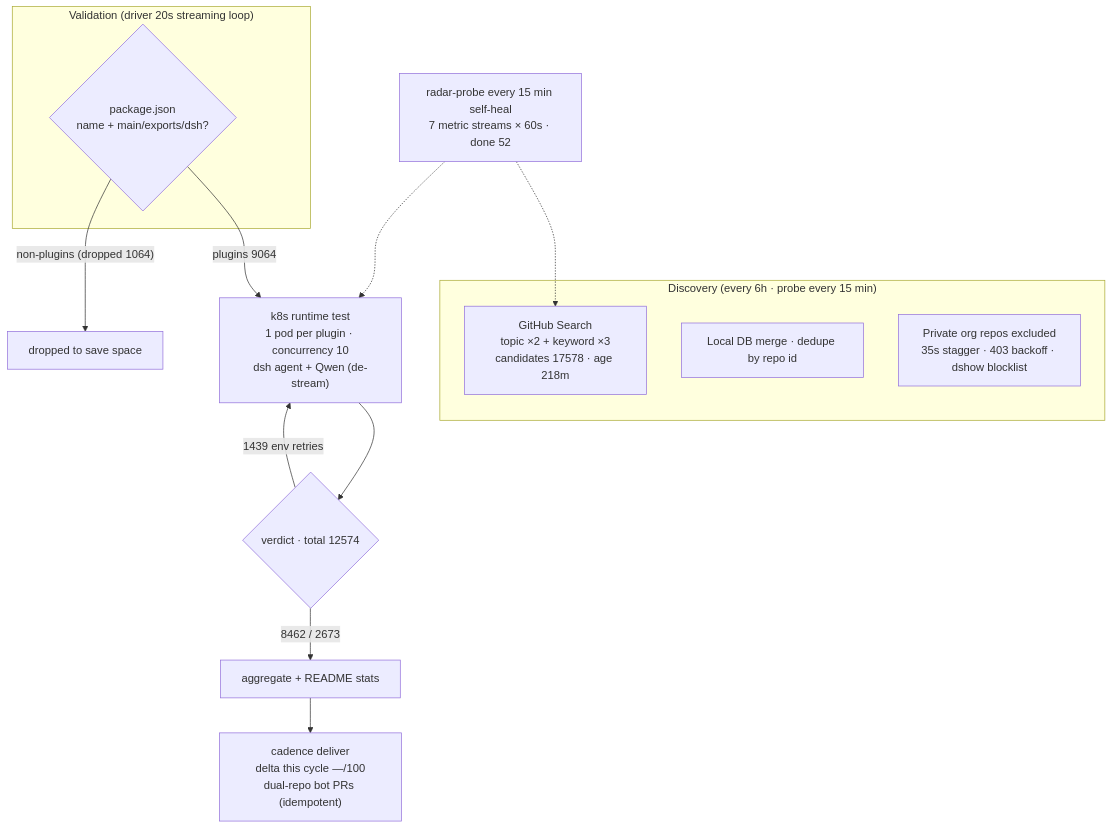
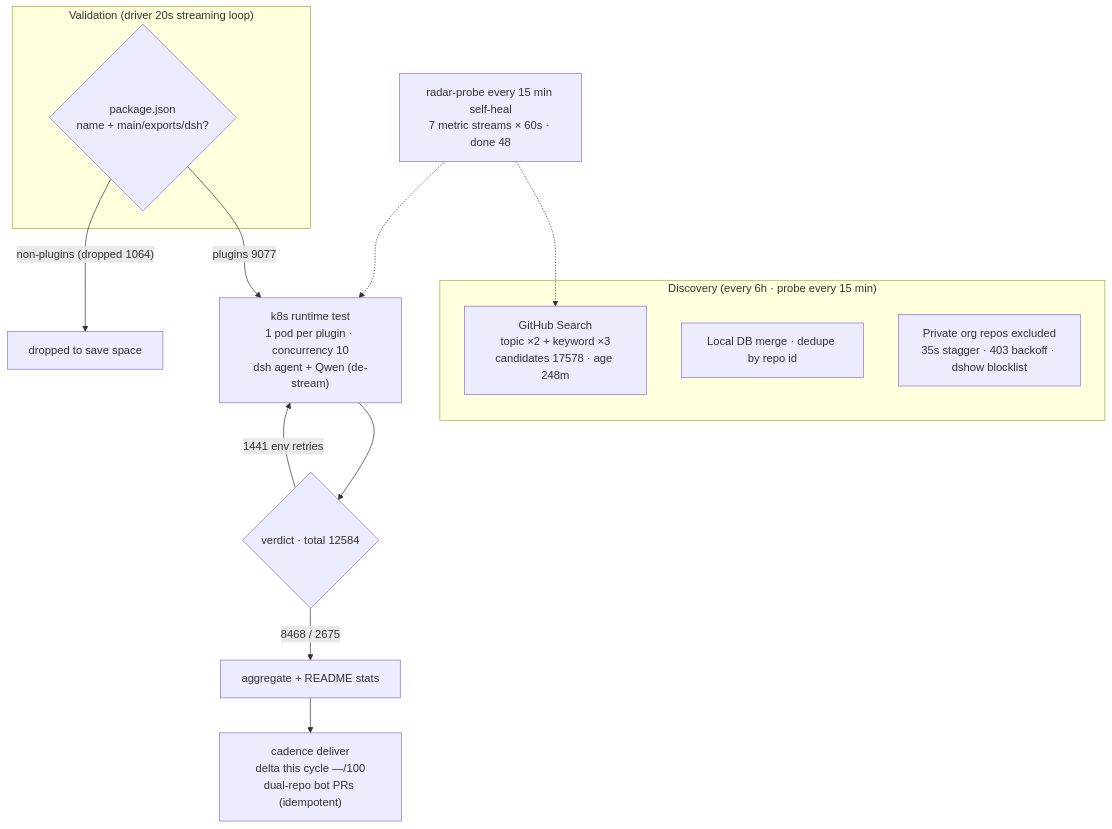
The diagram in README.en-US.md (AdamPlatin123/awesome-dsh-plugins), drawn with Mermaid before and after one commit. The commit also changed other lines of this file and 5 other files, not shown here.

````diff
--- a/README.en-US.md
+++ b/README.en-US.md
@@ -45,20 +45,20 @@
 ```mermaid
 flowchart TB
     subgraph Discovery["Discovery (every 6h · probe every 15 min)"]
-        A1["GitHub Search<br/>topic ×2 + keyword ×3<br/>candidates 17578 · age 218m"]
+        A1["GitHub Search<br/>topic ×2 + keyword ×3<br/>candidates 17578 · age 248m"]
         A2["Local DB merge · dedupe by repo id"]
         A3["Private org repos excluded<br/>35s stagger · 403 backoff · dshow blocklist"]
     end
     subgraph Validation["Validation (driver 20s streaming loop)"]
         B1{"package.json<br/>name + main/exports/dsh?"}
     end
-    B1 -->|"plugins 9064"| C1["k8s runtime test<br/>1 pod per plugin · concurrency 10<br/>dsh agent + Qwen (de-stream)"]
+    B1 -->|"plugins 9077"| C1["k8s runtime test<br/>1 pod per plugin · concurrency 10<br/>dsh agent + Qwen (de-stream)"]
     B1 -->|"non-plugins (dropped 1064)"| B3["dropped to save space"]
-    C1 --> D1{"verdict · total 12574"}
-    D1 -->|"8462 / 2673"| E1["aggregate + README stats"]
-    D1 -->|"1439 env retries"| C1
+    C1 --> D1{"verdict · total 12584"}
+    D1 -->|"8468 / 2675"| E1["aggregate + README stats"]
+    D1 -->|"1441 env retries"| C1
     E1 --> E2["cadence deliver<br/>delta this cycle —/100<br/>dual-repo bot PRs (idempotent)"]
-    M["radar-probe every 15 min self-heal<br/>7 metric streams × 60s · done 52"]
+    M["radar-probe every 15 min self-heal<br/>7 metric streams × 60s · done 48"]
     M -.-> A1
     M -.-> C1
 ```
````
